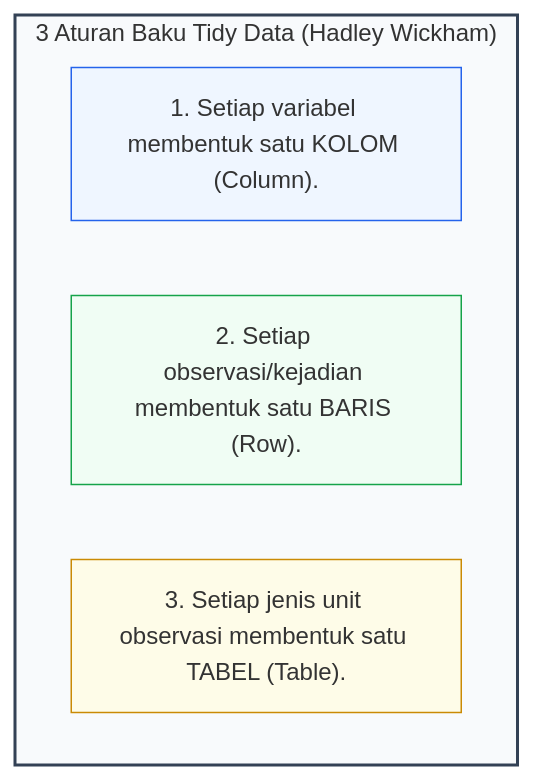
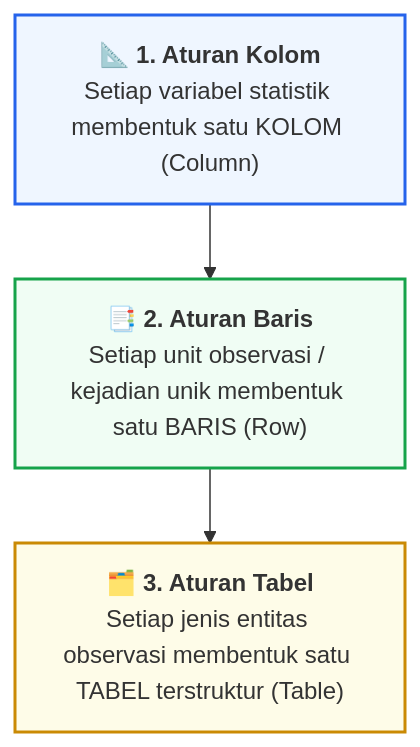
One commit to mahendaruui/Perkuliahan changed the first of 3 diagrams in docs/visualisasi-data/04-data-wrangling-eda-pandas.md. Above: the diagram before and after it, drawn with Mermaid. The commit also changed other lines of this file and 15 other files, not shown here.

Commit message:
refactor: update and standardize mermaid diagrams across all documentation modules

````diff
--- a/docs/visualisasi-data/04-data-wrangling-eda-pandas.md
+++ b/docs/visualisasi-data/04-data-wrangling-eda-pandas.md
@@ -17,13 +17,10 @@
 ```mermaid
 flowchart TD
-    subgraph TidyRules["3 Aturan Baku Tidy Data (Hadley Wickham)"]
-        R1["1. Setiap variabel membentuk satu KOLOM (Column)."]
-        R2["2. Setiap observasi/kejadian membentuk satu BARIS (Row)."]
-        R3["3. Setiap jenis unit observasi membentuk satu TABEL (Table)."]
-    end
+    R1["📐 <b>1. Aturan Kolom</b><br>Setiap variabel statistik membentuk satu KOLOM (Column)"]
+    --> R2["📑 <b>2. Aturan Baris</b><br>Setiap unit observasi / kejadian unik membentuk satu BARIS (Row)"]
+    --> R3["🗂️ <b>3. Aturan Tabel</b><br>Setiap jenis entitas observasi membentuk satu TABEL terstruktur (Table)"]
 
-    style TidyRules fill:#f8fafc,stroke:#334155,stroke-width:2px
-    style R1 fill:#eff6ff,stroke:#2563eb,stroke-width:1px
-    style R2 fill:#f0fdf4,stroke:#16a34a,stroke-width:1px
-    style R3 fill:#fefce8,stroke:#ca8a04,stroke-width:1px
+    style R1 fill:#eff6ff,stroke:#2563eb,stroke-width:2px
+    style R2 fill:#f0fdf4,stroke:#16a34a,stroke-width:2px
+    style R3 fill:#fefce8,stroke:#ca8a04,stroke-width:2px
 ```
````
